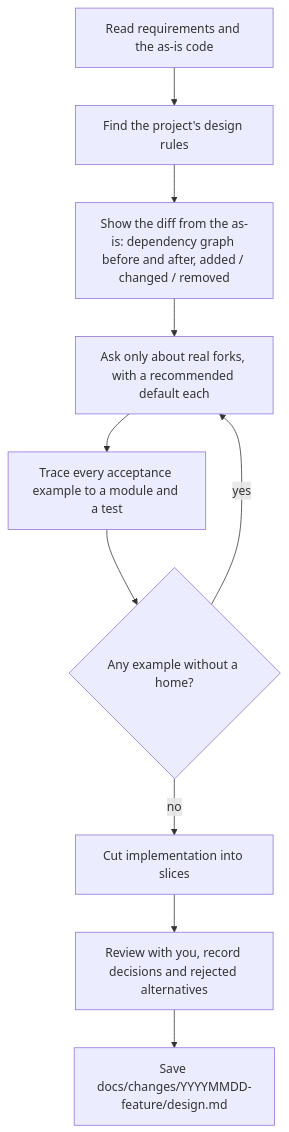
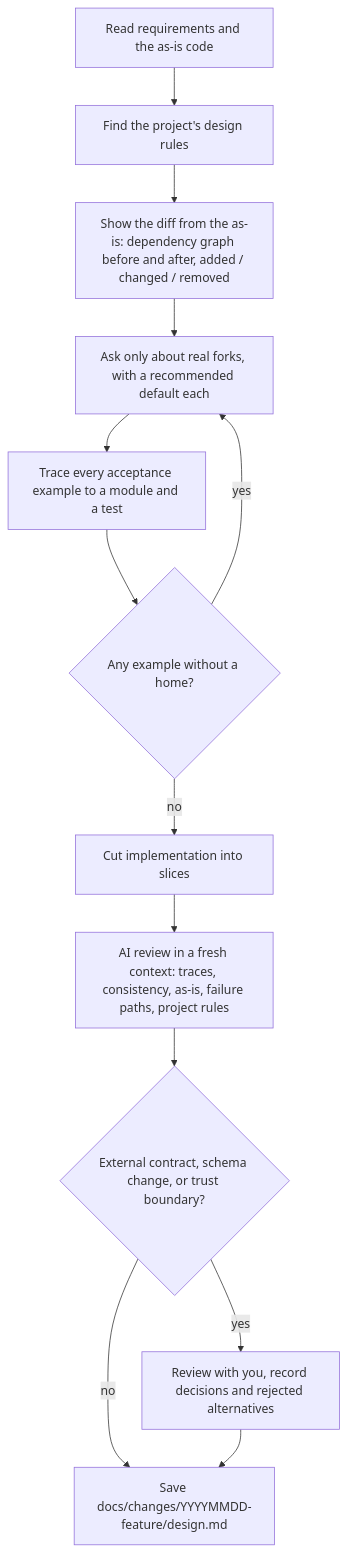
The second of 3 diagrams in README.md (syakoo/sdf-skills), drawn with Mermaid before and after one commit. The commit also changed other lines of this file and 1 other file, not shown here.

First line of the commit message:
Let AI review designs by default, escalate boundary changes to the user

````diff
--- a/README.md
+++ b/README.md
@@ -50,12 +51,15 @@
 ```mermaid
 flowchart TD
   A["Read requirements and the as-is code"] --> B["Find the project's design rules"]
   B --> C["Show the diff from the as-is: dependency graph before and after, added / changed / removed"]
   C --> D["Ask only about real forks, with a recommended default each"]
   D --> E["Trace every acceptance example to a module and a test"]
   E --> F{"Any example without a home?"}
   F -- yes --> D
   F -- no --> G["Cut implementation into slices"]
-  G --> H["Review with you, record decisions and rejected alternatives"]
+  G --> R["AI review in a fresh context: traces, consistency, as-is, failure paths, project rules"]
+  R --> Q{"External contract, schema change, or trust boundary?"}
+  Q -- yes --> H["Review with you, record decisions and rejected alternatives"]
+  Q -- no --> I
   H --> I["Save docs/changes/YYYYMMDD-feature/design.md"]
 ```
````
